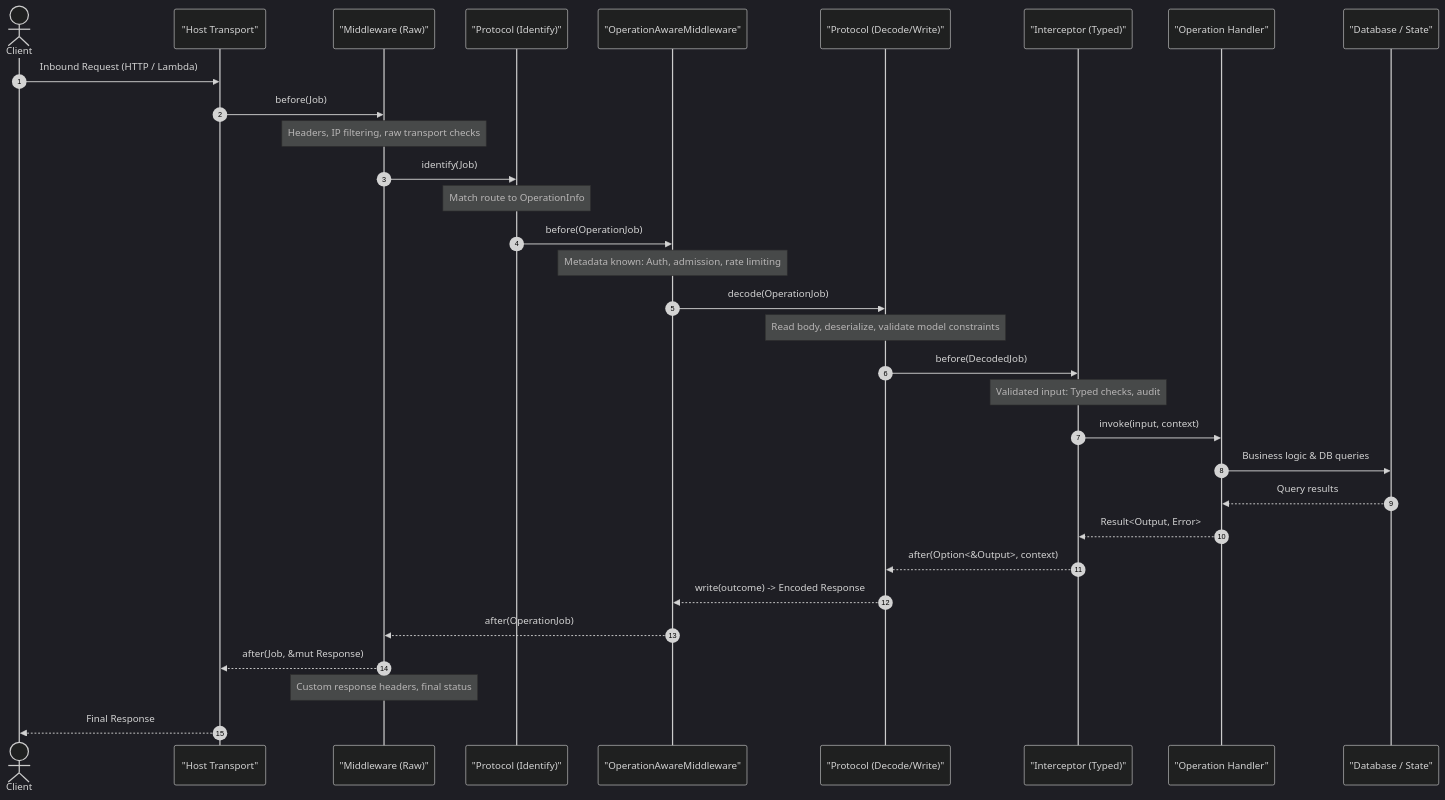
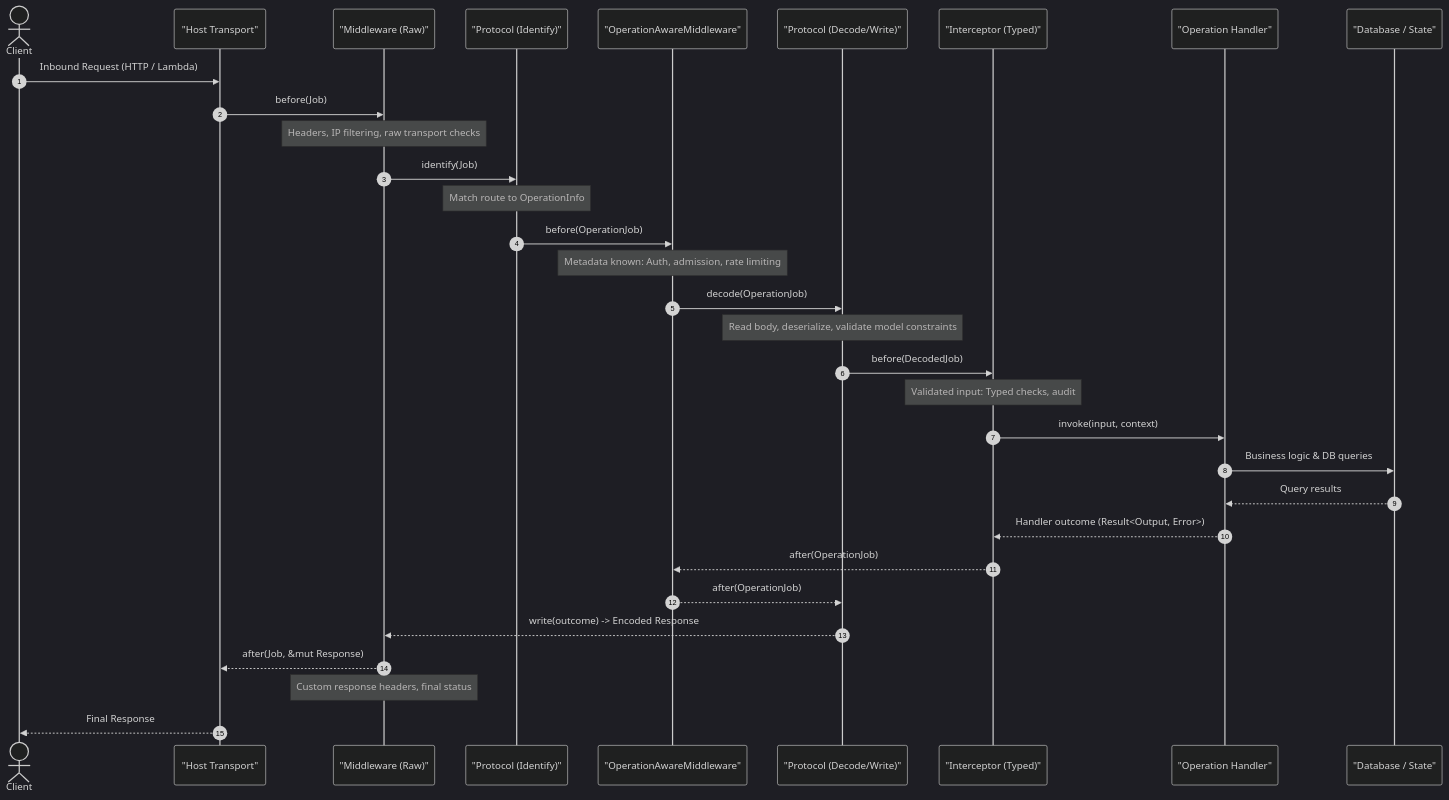
Before and after one commit to Operation-Leyline/crucible: the third of 3 diagrams in docs/framework.md, drawn with Mermaid (dark theme). The commit also changed other lines of this file, not shown here.

````diff
--- a/docs/framework.md
+++ b/docs/framework.md
@@ -463,35 +473,35 @@
 ```mermaid
 sequenceDiagram
     autonumber
     actor Client
     participant Host as "Host Transport"
     participant M as "Middleware (Raw)"
     participant Router as "Protocol (Identify)"
     participant OM as "OperationAwareMiddleware"
     participant Proto as "Protocol (Decode/Write)"
     participant Interceptor as "Interceptor (Typed)"
     participant Handler as "Operation Handler"
     participant Storage as "Database / State"
 
     Client->>Host: Inbound Request (HTTP / Lambda)
     Host->>M: before(Job)
     Note over M: Headers, IP filtering, raw transport checks
     M->>Router: identify(Job)
     Note over Router: Match route to OperationInfo
     Router->>OM: before(OperationJob)
     Note over OM: Metadata known: Auth, admission, rate limiting
     OM->>Proto: decode(OperationJob)
     Note over Proto: Read body, deserialize, validate model constraints
     Proto->>Interceptor: before(DecodedJob)
     Note over Interceptor: Validated input: Typed checks, audit
     Interceptor->>Handler: invoke(input, context)
     Handler->>Storage: Business logic & DB queries
     Storage-->>Handler: Query results
-    Handler-->>Interceptor: Result<Output, Error>
-    Interceptor-->>Proto: after(Option<&Output>, context)
-    Proto-->>OM: write(outcome) -> Encoded Response
-    OM-->>M: after(OperationJob)
+    Handler-->>Interceptor: Handler outcome (Result<Output, Error>)
+    Interceptor-->>OM: after(OperationJob)
+    OM-->>Proto: after(OperationJob)
+    Proto-->>M: write(outcome) -> Encoded Response
     M-->>Host: after(Job, &mut Response)
     Note over M: Custom response headers, final status
     Host-->>Client: Final Response
 ```
````
